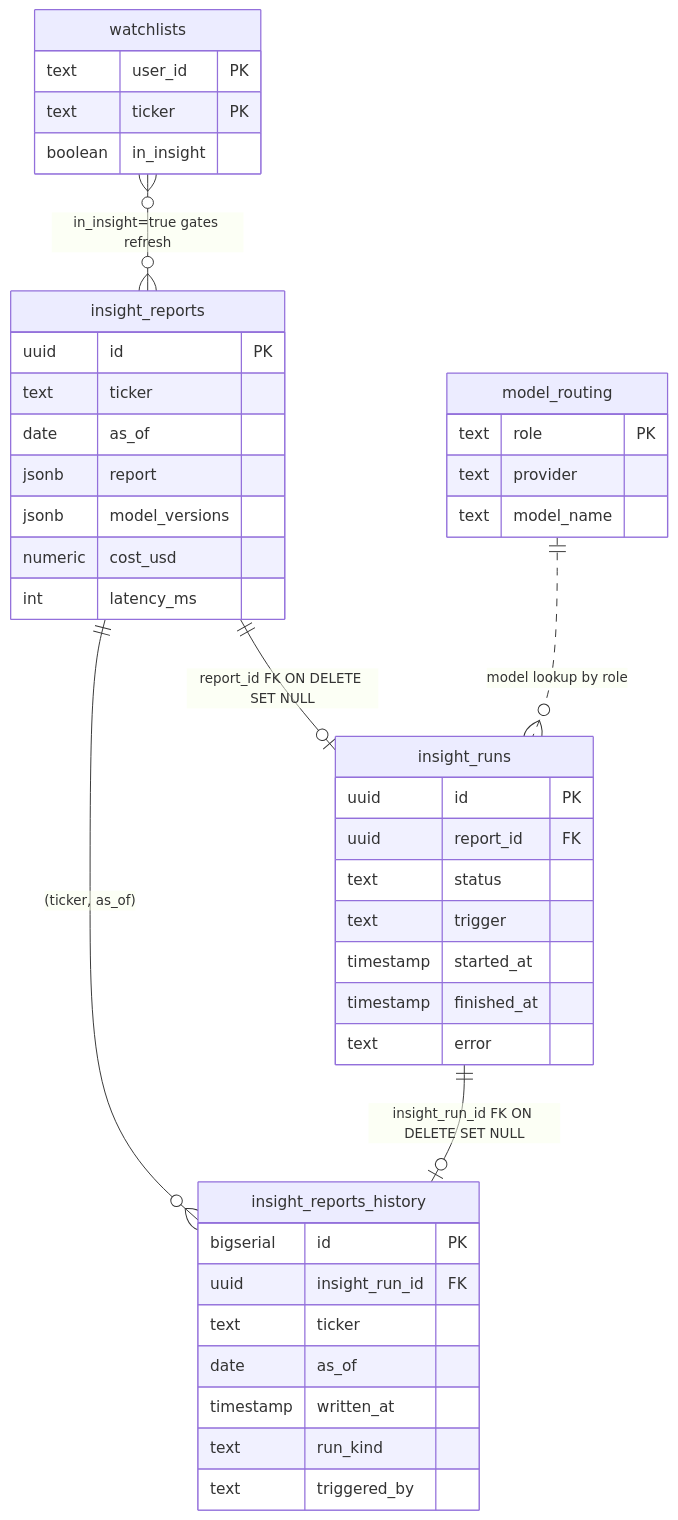
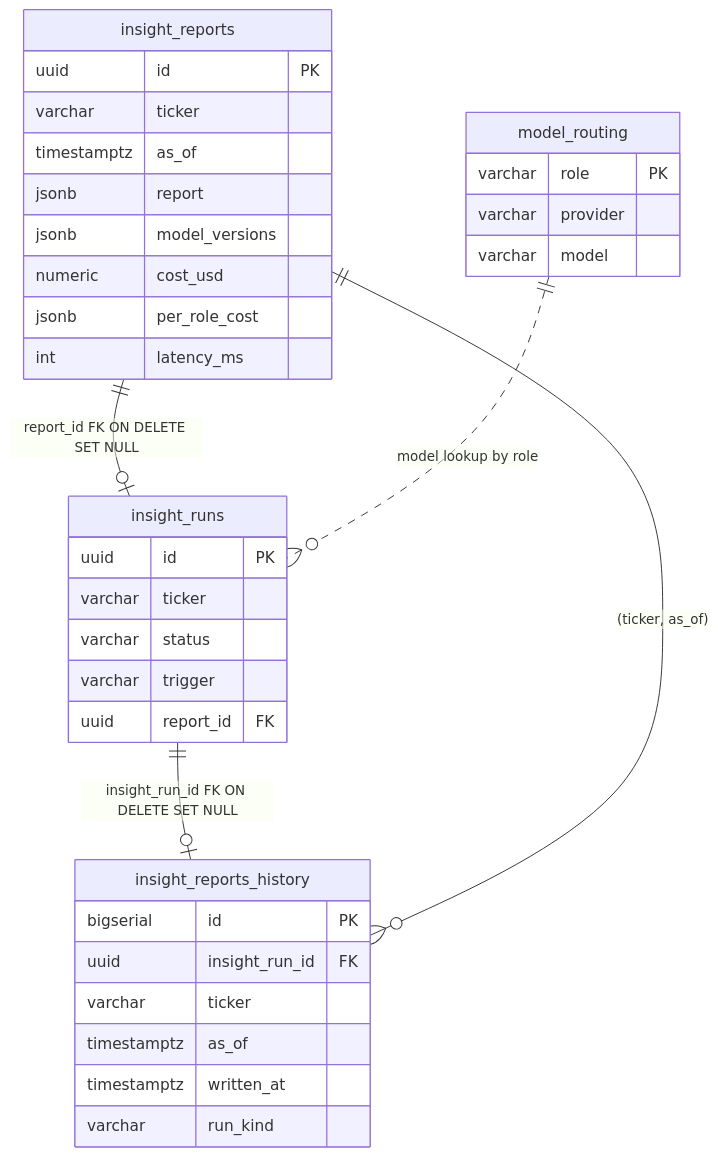
The fifth of 10 diagrams in ERD.md (TeneikaAskew/stocks), drawn with Mermaid before and after one commit. The commit also changed other lines of this file and 7 other files, not shown here.

First line of the commit message:
docs: refresh architecture & system docs to 2026-06-23 state

````diff
--- a/ERD.md
+++ b/ERD.md
@@ -307,45 +365,37 @@
 ```mermaid
 erDiagram
     insight_reports {
         uuid id PK
-        text ticker
-        date as_of
+        varchar ticker
+        timestamptz as_of
         jsonb report
         jsonb model_versions
         numeric cost_usd
+        jsonb per_role_cost
         int latency_ms
     }
     insight_runs {
         uuid id PK
+        varchar ticker
+        varchar status
+        varchar trigger
         uuid report_id FK
-        text status
-        text trigger
-        timestamp started_at
-        timestamp finished_at
-        text error
     }
     insight_reports_history {
         bigserial id PK
         uuid insight_run_id FK
-        text ticker
-        date as_of
-        timestamp written_at
-        text run_kind
-        text triggered_by
+        varchar ticker
+        timestamptz as_of
+        timestamptz written_at
+        varchar run_kind
     }
     model_routing {
-        text role PK
-        text provider
-        text model_name
-    }
-    watchlists {
-        text user_id PK
-        text ticker PK
-        boolean in_insight
+        varchar role PK
+        varchar provider
+        varchar model
     }
     insight_reports ||--o| insight_runs : "report_id FK ON DELETE SET NULL"
     insight_runs ||--o| insight_reports_history : "insight_run_id FK ON DELETE SET NULL"
     insight_reports ||--o{ insight_reports_history : "(ticker, as_of)"
-    watchlists }o--o{ insight_reports : "in_insight=true gates refresh"
     model_routing ||..o{ insight_runs : "model lookup by role"
 ```
````
